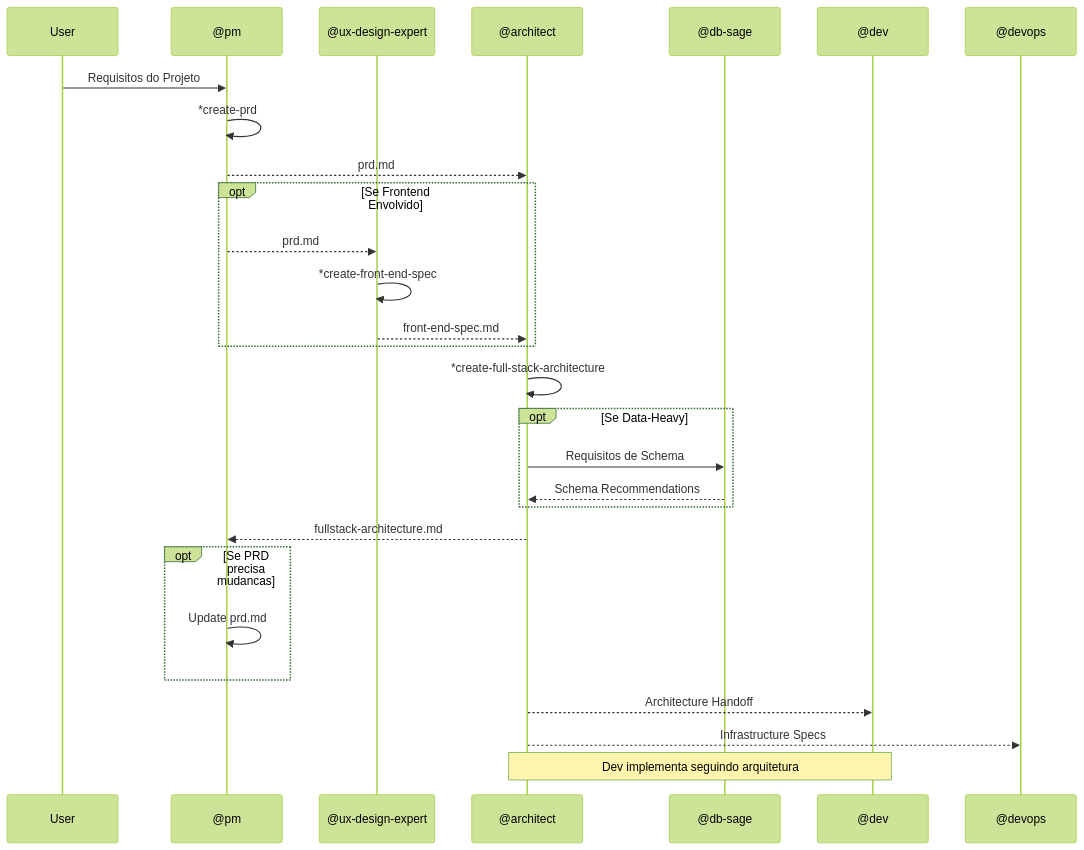
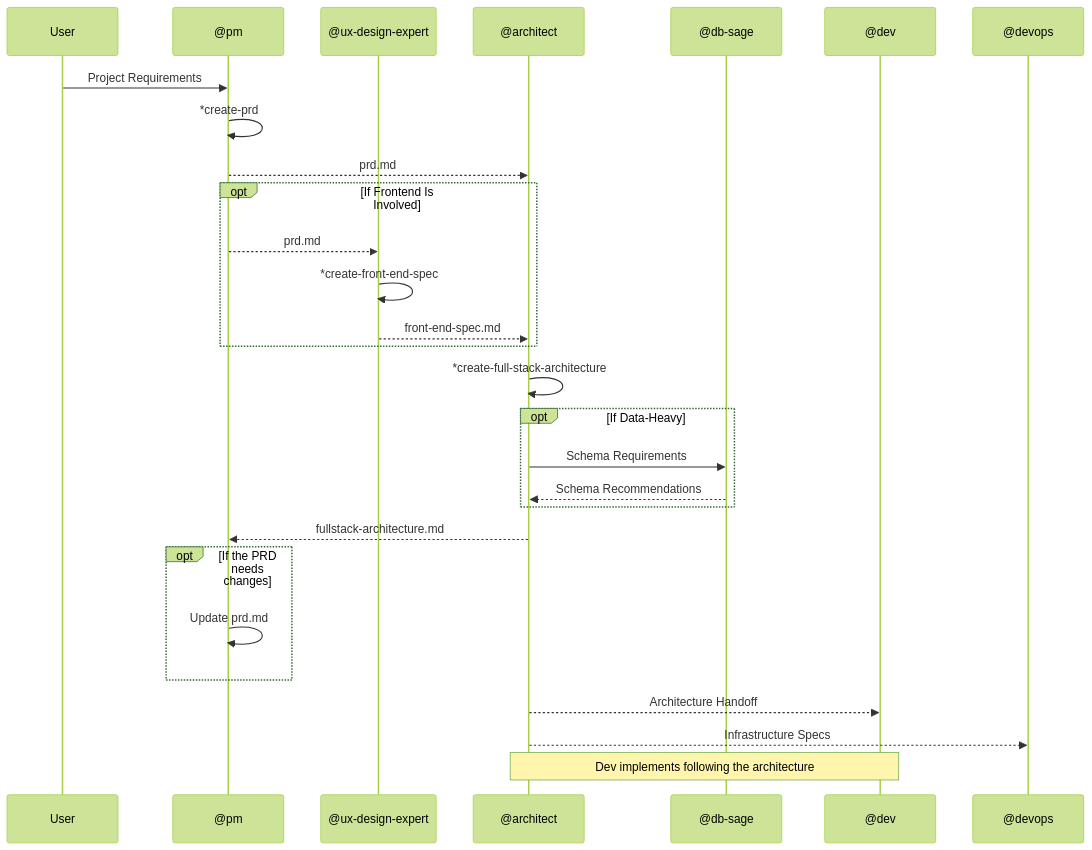
Before and after one commit to CyryxLabs/AEXOS: the second of 8 diagrams in docs/aexos-agent-flows/architect-system.md, drawn with Mermaid (forest theme). The commit also changed other lines of this file and 528 other files, not shown here.

````diff
--- a/docs/aexos-agent-flows/architect-system.md
+++ b/docs/aexos-agent-flows/architect-system.md
@@ -172,38 +172,38 @@
 ```mermaid
 sequenceDiagram
     participant User
     participant PM as @pm
     participant UX as @ux-design-expert
     participant Arch as @architect
     participant DB as @db-sage
     participant Dev as @dev
     participant DevOps as @devops
 
-    User->>PM: Requisitos do Projeto
+    User->>PM: Project Requirements
     PM->>PM: *create-prd
     PM-->>Arch: prd.md
 
-    opt Se Frontend Envolvido
+    opt If Frontend Is Involved
         PM-->>UX: prd.md
         UX->>UX: *create-front-end-spec
         UX-->>Arch: front-end-spec.md
     end
 
     Arch->>Arch: *create-full-stack-architecture
 
-    opt Se Data-Heavy
-        Arch->>DB: Requisitos de Schema
+    opt If Data-Heavy
+        Arch->>DB: Schema Requirements
         DB-->>Arch: Schema Recommendations
     end
 
     Arch-->>PM: fullstack-architecture.md
 
-    opt Se PRD precisa mudancas
+    opt If the PRD needs changes
         PM->>PM: Update prd.md
     end
 
     Arch-->>Dev: Architecture Handoff
     Arch-->>DevOps: Infrastructure Specs
 
-    Note over Arch,Dev: Dev implementa seguindo arquitetura
+    Note over Arch,Dev: Dev implements following the architecture
 ```
````
